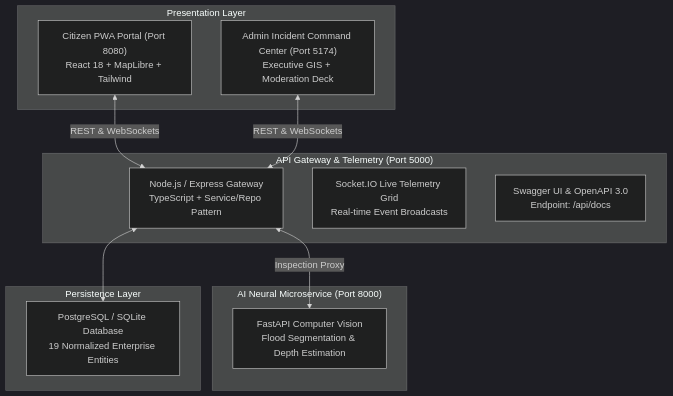
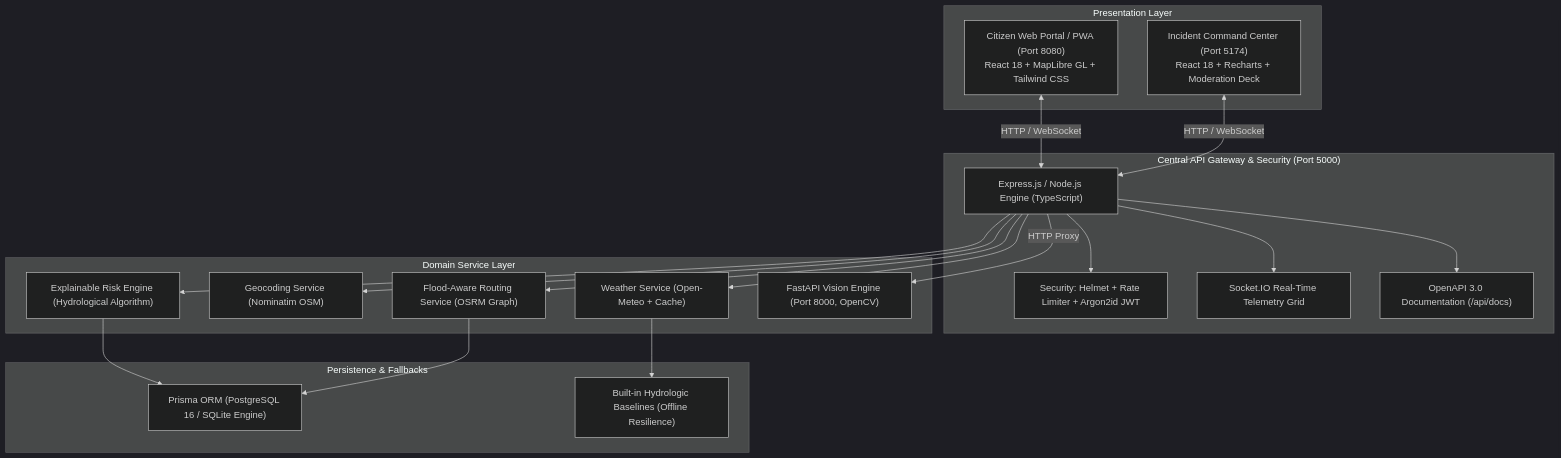
One commit to ShaikBajiBabu18/FloodRoute-AI-Platform changed the diagram in README.md. Above: the diagram before and after it, drawn with Mermaid (dark theme). The commit also changed other lines of this file and 20 other files, not shown here.

Commit message:
Prepare FloodRoute AI for hackathon submission

````diff
--- a/README.md
+++ b/README.md
@@ -26,26 +57,41 @@
 ```mermaid
 flowchart TD
     subgraph Clients["Presentation Layer"]
-        PWA["Citizen PWA Portal (Port 8080)<br/>React 18 + MapLibre + Tailwind"]
-        ADMIN["Admin Incident Command Center (Port 5174)<br/>Executive GIS + Moderation Deck"]
+        PWA["Citizen Web Portal / PWA (Port 8080)<br/>React 18 + MapLibre GL + Tailwind CSS"]
+        ADMIN["Incident Command Center (Port 5174)<br/>React 18 + Recharts + Moderation Deck"]
     end
 
-    subgraph Core["API Gateway & Telemetry (Port 5000)"]
-        GATEWAY["Node.js / Express Gateway<br/>TypeScript + Service/Repo Pattern"]
-        WS["Socket.IO Live Telemetry Grid<br/>Real-time Event Broadcasts"]
-        SWAGGER["Swagger UI & OpenAPI 3.0<br/>Endpoint: /api/docs"]
+    subgraph Gateway["Central API Gateway & Security (Port 5000)"]
+        EXPRESS["Express.js / Node.js Engine (TypeScript)"]
+        SECURITY["Security: Helmet + Rate Limiter + Argon2id JWT"]
+        SOCKET["Socket.IO Real-Time Telemetry Grid"]
+        SWAGGER["OpenAPI 3.0 Documentation (/api/docs)"]
     end
 
-    subgraph AI["AI Neural Microservice (Port 8000)"]
-        FASTAPI["FastAPI Computer Vision<br/>Flood Segmentation & Depth Estimation"]
+    subgraph Microservices["Domain Service Layer"]
+        WEATHER_SVC["Weather Service (Open-Meteo + Cache)"]
+        GEO_SVC["Geocoding Service (Nominatim OSM)"]
+        RISK_SVC["Explainable Risk Engine (Hydrological Algorithm)"]
+        ROUTE_SVC["Flood-Aware Routing Service (OSRM Graph)"]
+        VISION_SVC["FastAPI Vision Engine (Port 8000, OpenCV)"]
     end
 
-    subgraph Data["Persistence Layer"]
-        POSTGRES["PostgreSQL / SQLite Database<br/>19 Normalized Enterprise Entities"]
+    subgraph Persistence["Persistence & Fallbacks"]
+        PRISMA["Prisma ORM (PostgreSQL 16 / SQLite Engine)"]
+        FALLBACK["Built-in Hydrologic Baselines (Offline Resilience)"]
     end
 
-    PWA <-->|"REST & WebSockets"| GATEWAY
-    ADMIN <-->|"REST & WebSockets"| GATEWAY
-    GATEWAY <-->|"Inspection Proxy"| FASTAPI
-    GATEWAY <--> POSTGRES
+    PWA <-->|HTTP / WebSocket| EXPRESS
+    ADMIN <-->|HTTP / WebSocket| EXPRESS
+    EXPRESS --> SECURITY
+    EXPRESS --> SOCKET
+    EXPRESS --> SWAGGER
+    EXPRESS --> WEATHER_SVC
+    EXPRESS --> GEO_SVC
+    EXPRESS --> RISK_SVC
+    EXPRESS --> ROUTE_SVC
+    EXPRESS -->|HTTP Proxy| VISION_SVC
+    WEATHER_SVC --> FALLBACK
+    RISK_SVC --> PRISMA
+    ROUTE_SVC --> PRISMA
 ```
````
